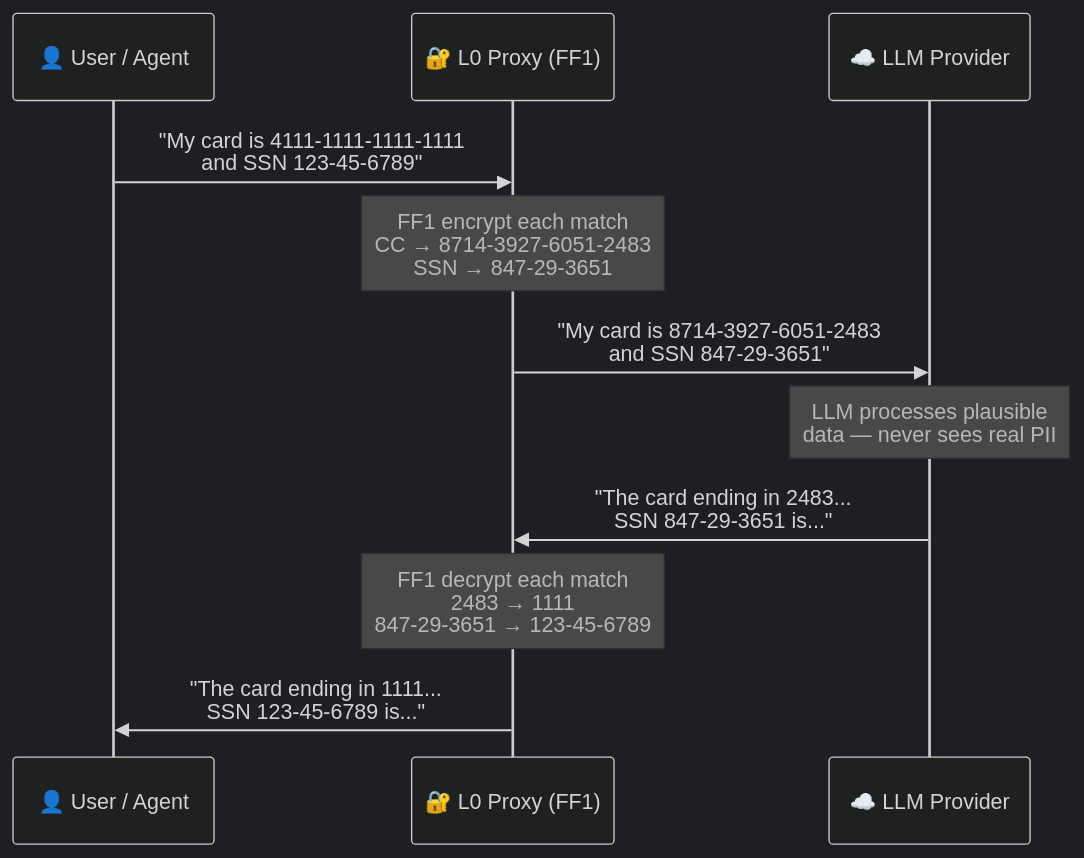
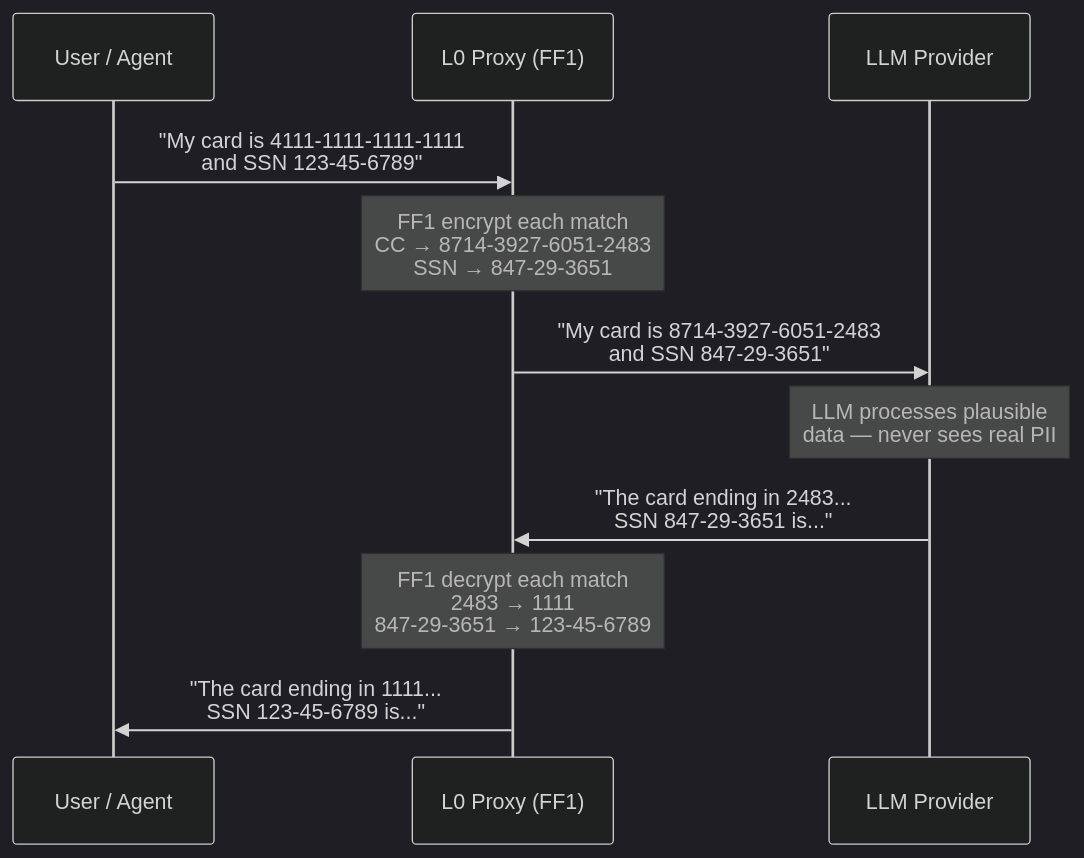
Before and after one commit to OpenObscure/OpenObscure: the fifth of 15 diagrams in ARCHITECTURE.md, drawn with Mermaid (dark theme). The commit also changed other lines of this file and 1 other file, not shown here.

First line of the commit message:
Fix 20 Mermaid diagrams: clarity, accuracy, consistency

````diff
--- a/ARCHITECTURE.md
+++ b/ARCHITECTURE.md
@@ -262,20 +273,20 @@
 ```mermaid
 sequenceDiagram
-    participant U as 👤 User / Agent
-    participant P as 🔐 L0 Proxy (FF1)
-    participant L as ☁️ LLM Provider
+    participant U as User / Agent
+    participant P as L0 Proxy (FF1)
+    participant L as LLM Provider
 
     U->>P: "My card is 4111-1111-1111-1111<br/>and SSN 123-45-6789"
 
     Note over P: FF1 encrypt each match<br/>CC → 8714-3927-6051-2483<br/>SSN → 847-29-3651
 
     P->>L: "My card is 8714-3927-6051-2483<br/>and SSN 847-29-3651"
 
     Note over L: LLM processes plausible<br/>data — never sees real PII
 
     L->>P: "The card ending in 2483...<br/>SSN 847-29-3651 is..."
 
     Note over P: FF1 decrypt each match<br/>2483 → 1111<br/>847-29-3651 → 123-45-6789
 
     P->>U: "The card ending in 1111...<br/>SSN 123-45-6789 is..."
 ```
````
